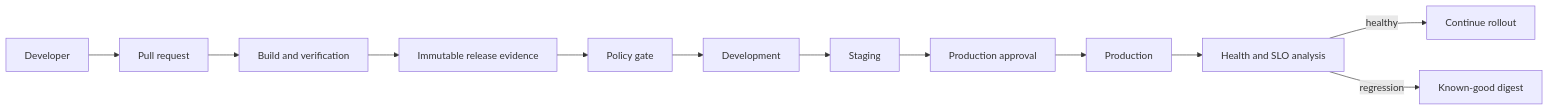
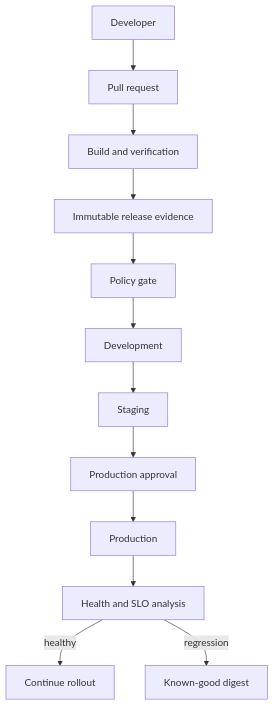
The diagram in docs/ARCHITECTURE.md (jeevanm84/cicd-gitops-platform-engineering), drawn with Mermaid before and after one commit. The commit also changed other lines of this file, not shown here.

Commit message:
Improve architecture diagram readability (#2)

````diff
--- a/docs/ARCHITECTURE.md
+++ b/docs/ARCHITECTURE.md
@@ -12,14 +12,14 @@
 ```mermaid
-flowchart LR
+flowchart TB
   Developer --> PR[Pull request]
   PR --> CI[Build and verification]
   CI --> Evidence[Immutable release evidence]
   Evidence --> Policy[Policy gate]
   Policy --> Dev[Development]
   Dev --> Stage[Staging]
   Stage --> Approval[Production approval]
   Approval --> Prod[Production]
   Prod --> Observe[Health and SLO analysis]
   Observe -->|healthy| Continue[Continue rollout]
   Observe -->|regression| Rollback[Known-good digest]
 ```
````
